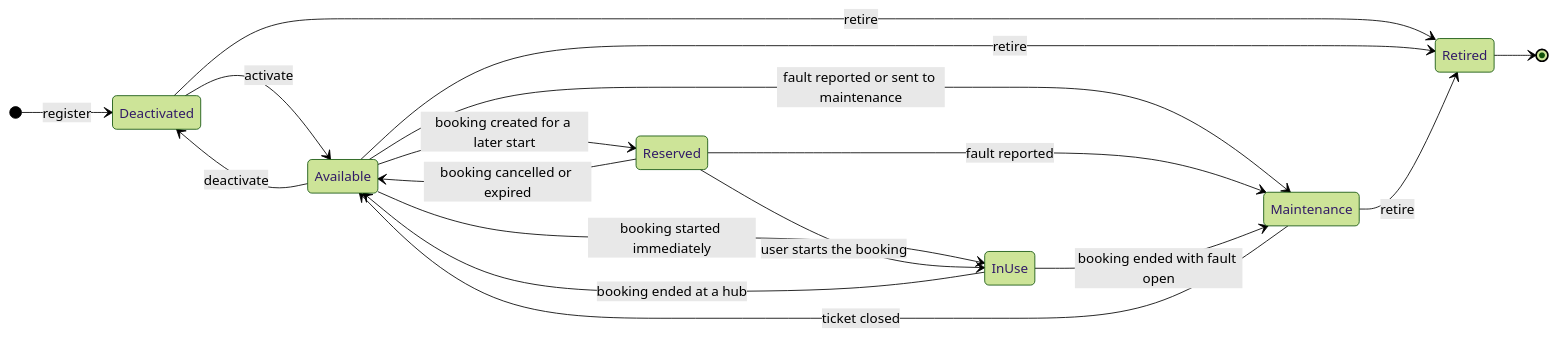
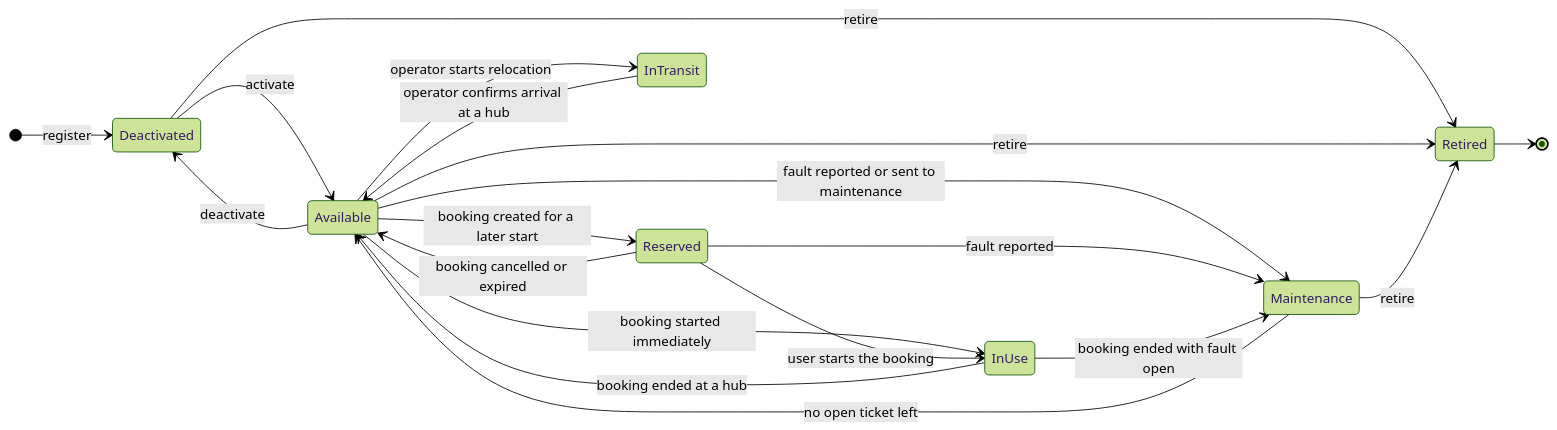
One commit to Ad-Qualquer-Coisa/TQS-Group-P11 changed the third of 6 diagrams in docs/domain-model.md. Above: the diagram before and after it, drawn with Mermaid (forest theme). The commit also changed other lines of this file, not shown here.

````diff
--- a/docs/domain-model.md
+++ b/docs/domain-model.md
@@ -195,20 +240,22 @@
 ```mermaid
 stateDiagram-v2
   direction LR
   [*] --> Deactivated : register
   Deactivated --> Available : activate
   Available --> Deactivated : deactivate
   Available --> Reserved : booking created for a later start
   Available --> InUse : booking started immediately
   Reserved --> InUse : user starts the booking
   Reserved --> Available : booking cancelled or expired
   InUse --> Available : booking ended at a hub
   Available --> Maintenance : fault reported or sent to maintenance
   Reserved --> Maintenance : fault reported
   InUse --> Maintenance : booking ended with fault open
-  Maintenance --> Available : ticket closed
+  Maintenance --> Available : no open ticket left
+  Available --> InTransit : operator starts relocation
+  InTransit --> Available : operator confirms arrival at a hub
   Deactivated --> Retired : retire
   Available --> Retired : retire
   Maintenance --> Retired : retire
   Retired --> [*]
 ```
````
